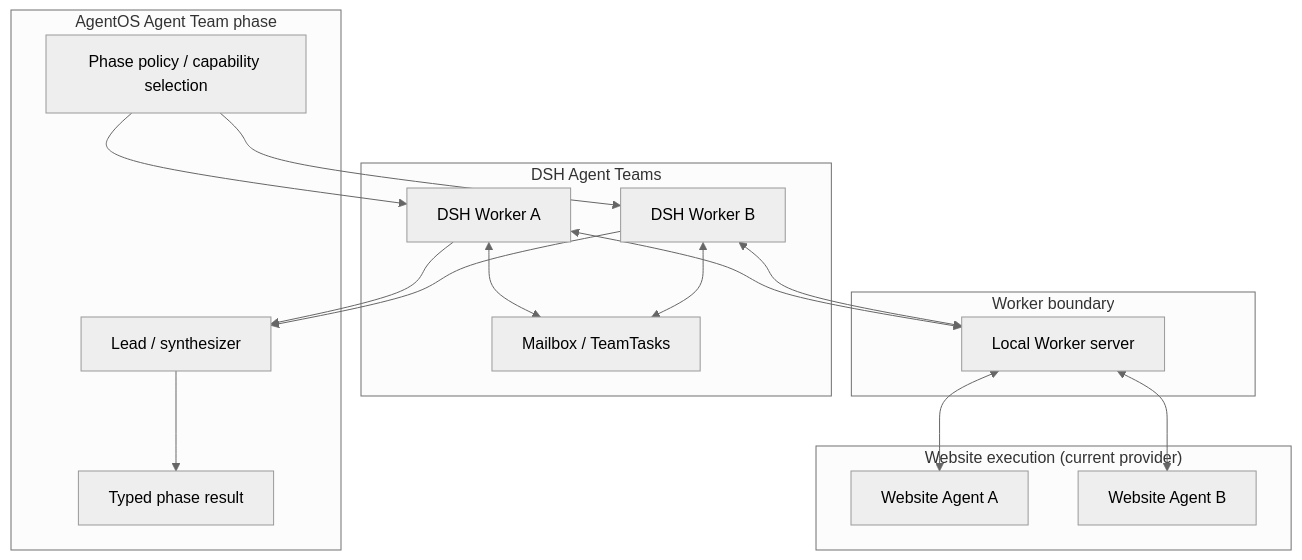
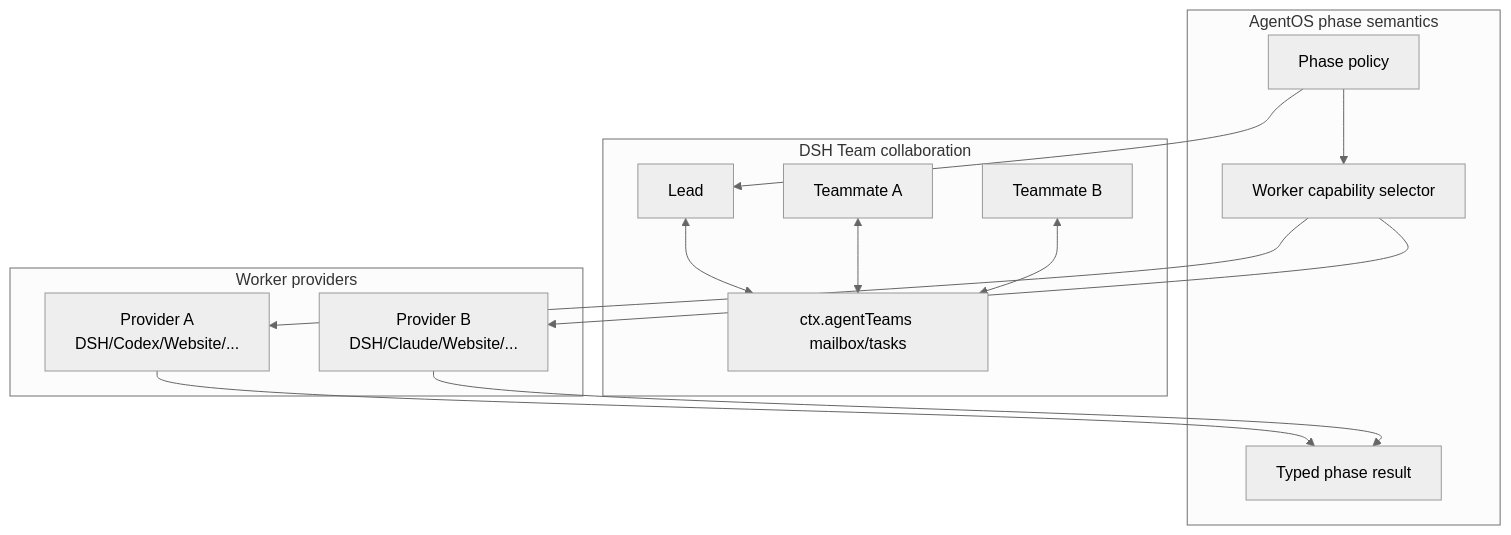
One commit to tsuuanmi/AgentOS changed the fifth of 8 diagrams in docs/architecture/interaction-model.md. Above: the diagram before and after it, drawn with Mermaid (neutral theme). The commit also changed other lines of this file, not shown here.

```diff
--- a/docs/architecture/interaction-model.md
+++ b/docs/architecture/interaction-model.md
@@ -142,36 +113,32 @@
 ~~~mermaid
 flowchart TB
-    subgraph Team["AgentOS Agent Team phase"]
-        Policy[Phase policy / capability selection]
-        Synth[Lead / synthesizer]
+    subgraph Semantics["AgentOS phase semantics"]
+        Policy[Phase policy]
+        Selector[Worker capability selector]
         Result[Typed phase result]
     end
 
-    subgraph DSH["DSH Agent Teams"]
-        A[DSH Worker A]
-        B[DSH Worker B]
-        M[Mailbox / TeamTasks]
+    subgraph Runtime["DSH Team collaboration"]
+        Lead[Lead]
+        A[Teammate A]
+        B[Teammate B]
+        Team[ctx.agentTeams mailbox/tasks]
     end
 
-    subgraph Boundary["Worker boundary"]
-        WS[Local Worker server]
+    subgraph Providers["Worker providers"]
+        PA[Provider A<br/>DSH/Codex/Website/...]
+        PB[Provider B<br/>DSH/Claude/Website/...]
     end
 
-    subgraph Providers["Website execution (current provider)"]
-        PA[Website Agent A]
-        PB[Website Agent B]
-    end
+    Policy --> Selector
+    Policy --> Lead
+    Lead <--> Team
+    A <--> Team
+    B <--> Team
 
-    Policy --> A
-    Policy --> B
-    A <--> M
-    B <--> M
-    A <--> WS
-    B <--> WS
-    WS <--> PA
-    WS <--> PB
+    Selector --> PA
+    Selector --> PB
 
-    A --> Synth
-    B --> Synth
-    Synth --> Result
+    PA --> Result
+    PB --> Result
 ~~~
```
